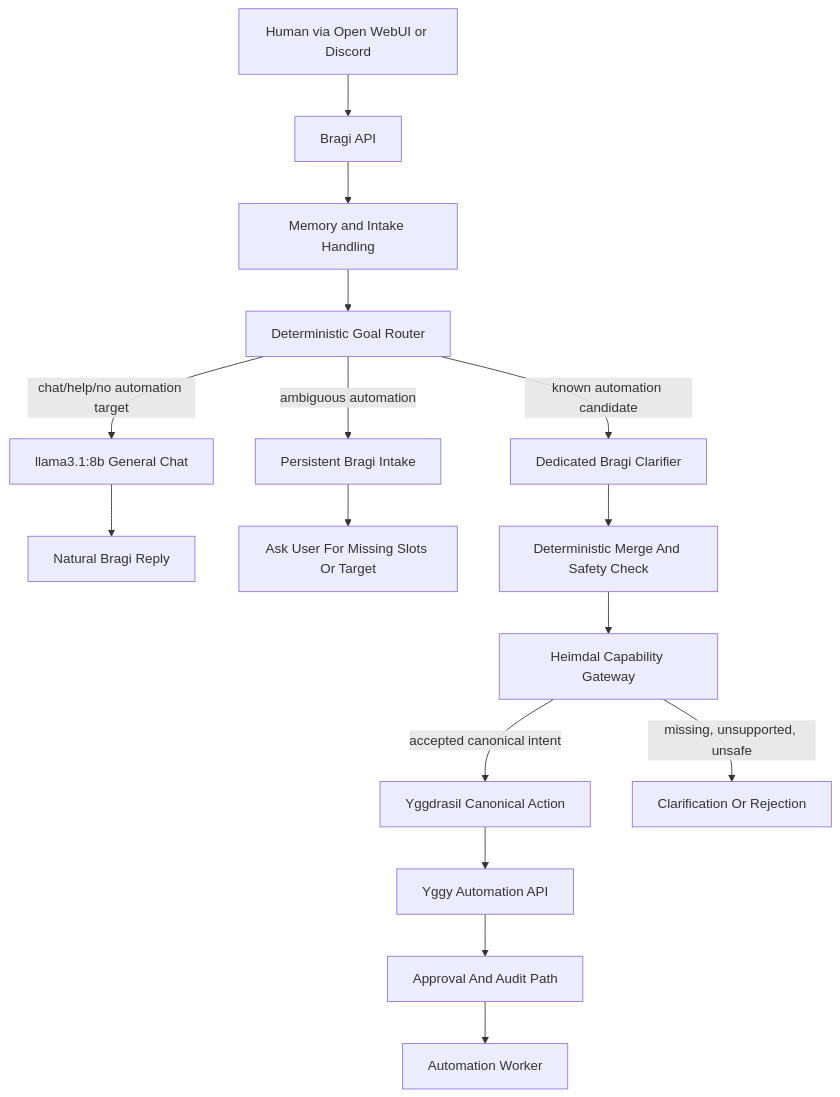
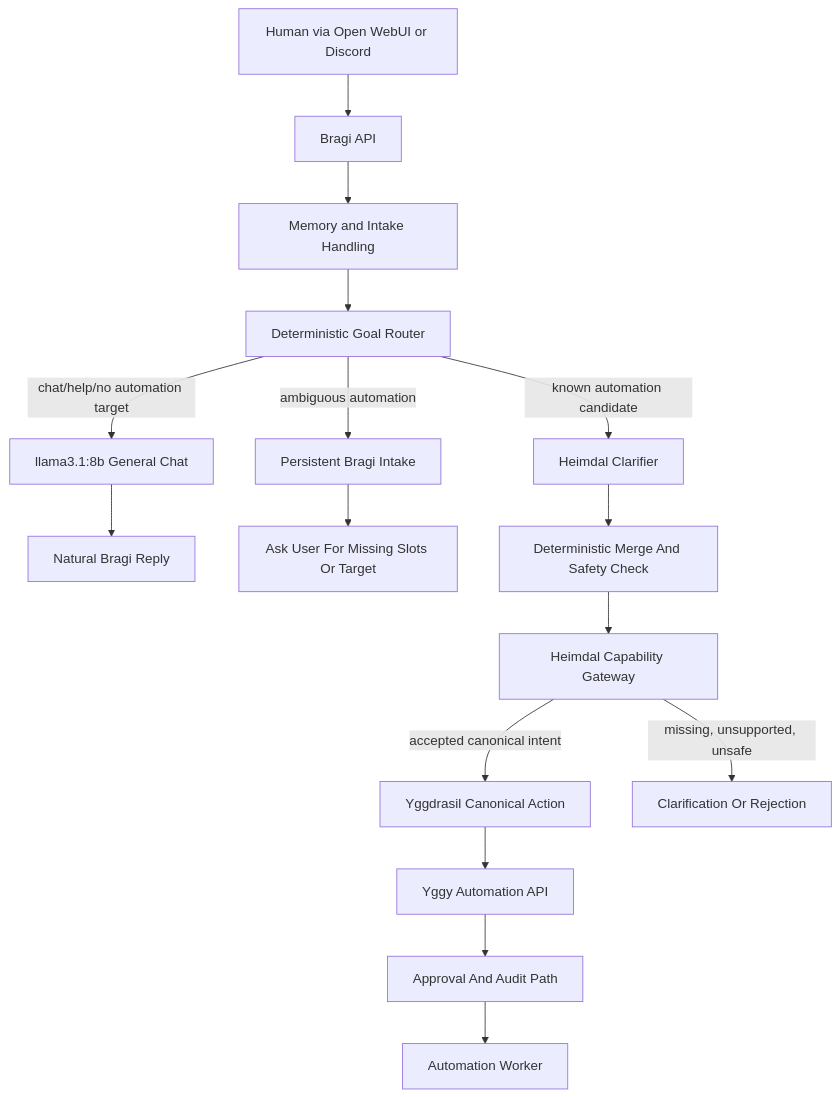
Before and after one commit to B1-Mordred/Yggy: the first of 5 diagrams in docs/LOCAL_MODEL_STACK_ARCHITECTURE.md, drawn with Mermaid. The commit also changed 6 other files, not shown here.

Commit message:
Rename Hermes clarifier role to Heimdal

````diff
--- a/docs/LOCAL_MODEL_STACK_ARCHITECTURE.md
+++ b/docs/LOCAL_MODEL_STACK_ARCHITECTURE.md
@@ -37,18 +37,18 @@
 ```mermaid
 flowchart TD
     User[Human via Open WebUI or Discord] --> Bragi[Bragi API]
     Bragi --> Intake[Memory and Intake Handling]
     Intake --> Router[Deterministic Goal Router]
     Router -->|chat/help/no automation target| ChatModel[llama3.1:8b General Chat]
     ChatModel --> UserReply[Natural Bragi Reply]
     Router -->|ambiguous automation| IntakeState[Persistent Bragi Intake]
     IntakeState --> Clarify[Ask User For Missing Slots Or Target]
-    Router -->|known automation candidate| HermesClarifier[Dedicated Bragi Clarifier]
+    Router -->|known automation candidate| HermesClarifier[Heimdal Clarifier]
     HermesClarifier --> Merge[Deterministic Merge And Safety Check]
     Merge --> Heimdal[Heimdal Capability Gateway]
     Heimdal -->|accepted canonical intent| Yggdrasil[Yggdrasil Canonical Action]
     Heimdal -->|missing, unsupported, unsafe| SafeReply[Clarification Or Rejection]
     Yggdrasil --> API[Yggy Automation API]
     API --> Approval[Approval And Audit Path]
     Approval --> Worker[Automation Worker]
 ```
````
